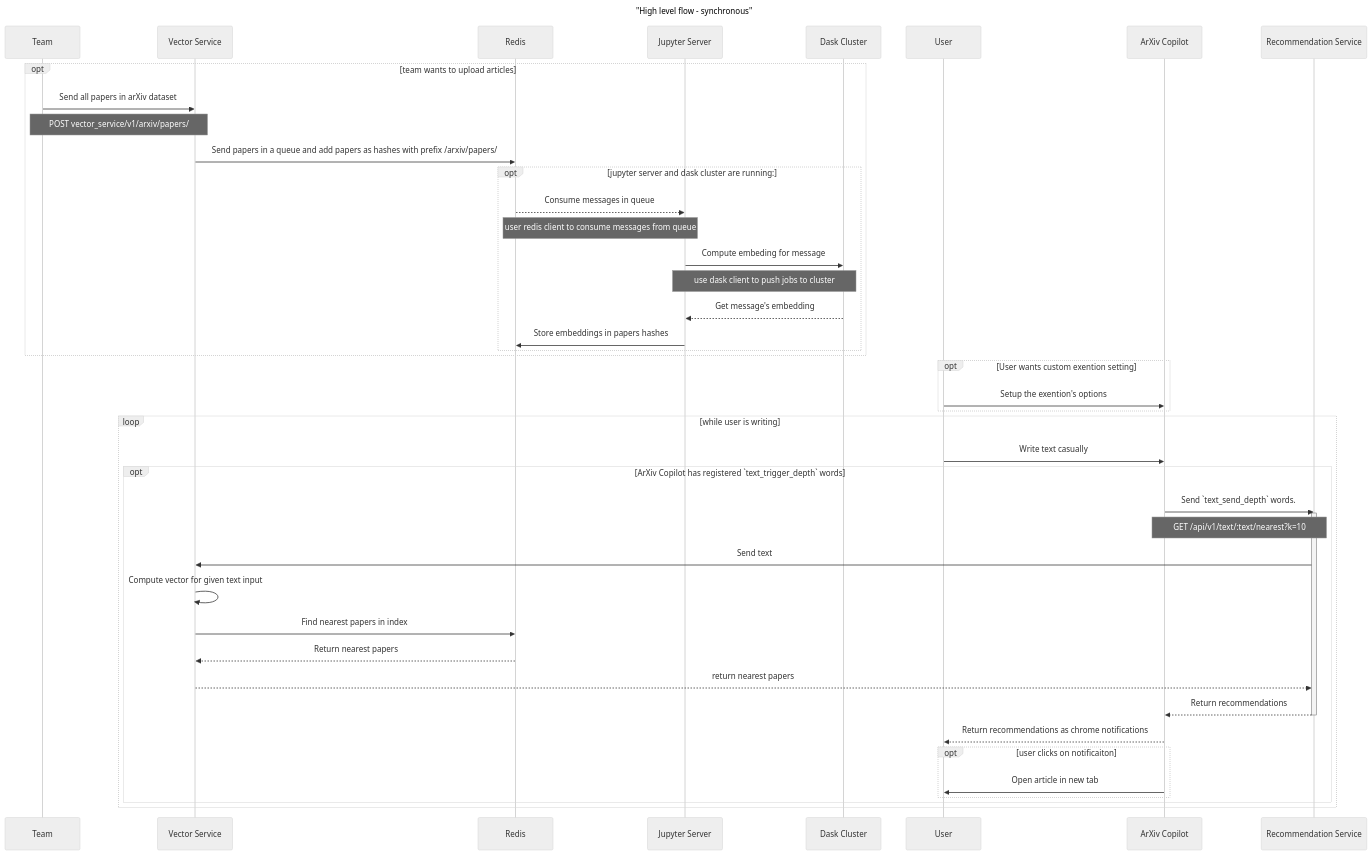
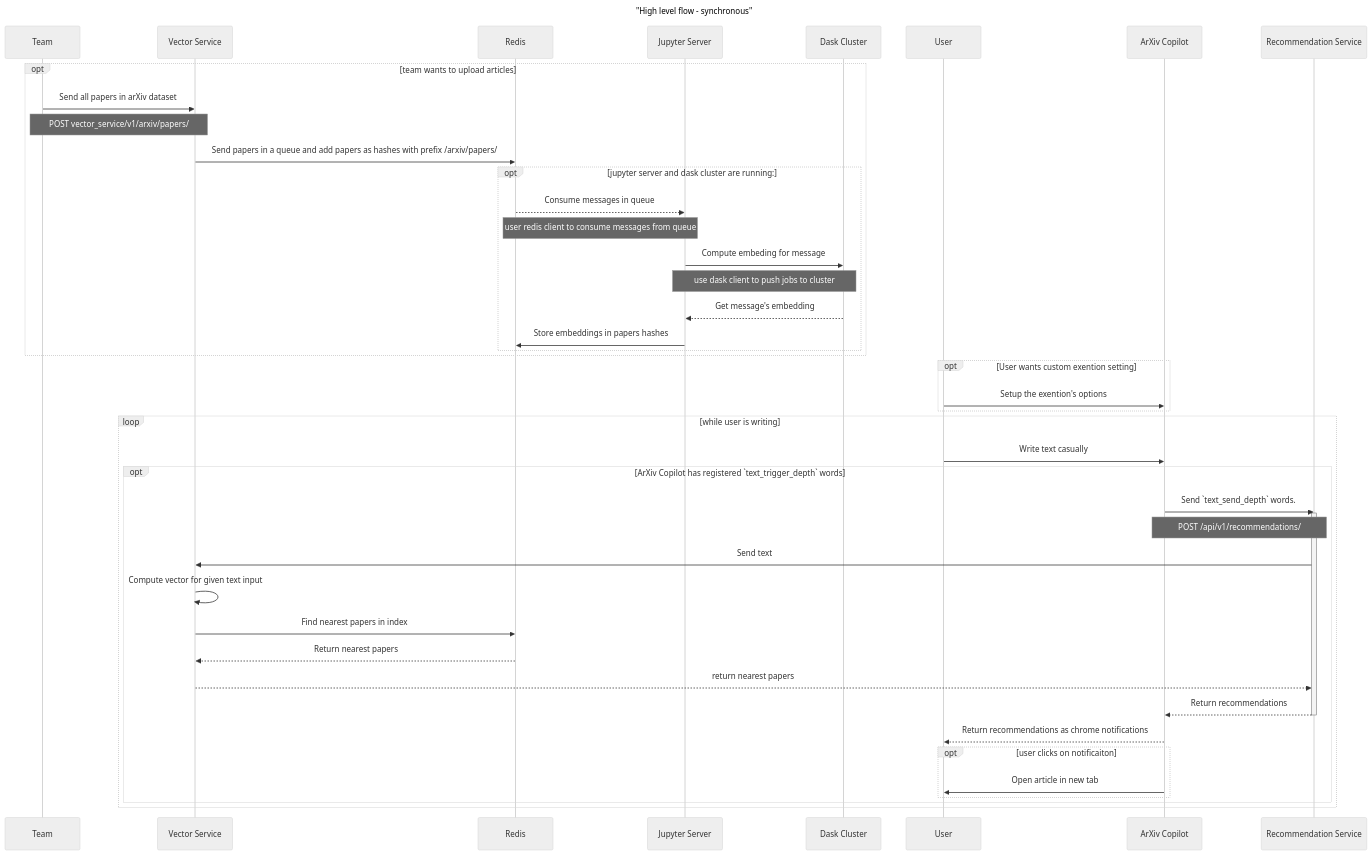
The diagram in README.md (artefactory/redisventures-hackunamadata), drawn with Mermaid (neutral theme) before and after one commit. The commit also changed other lines of this file and 2 other files, not shown here.

````diff
--- a/README.md
+++ b/README.md
@@ -5,43 +5,43 @@
 ```mermaid
 sequenceDiagram
     title "High level flow - synchronous"
 
         opt team wants to upload articles
         Team ->> Vector Service: Send all papers in arXiv dataset
         Note over Team, Vector Service: POST vector_service/v1/arxiv/papers/
         Vector Service ->> Redis: Send papers in a queue and add papers as hashes with prefix /arxiv/papers/
 
         opt jupyter server and dask cluster are running:
             Redis -->> Jupyter Server: Consume messages in queue
             Note over Redis, Jupyter Server: user redis client to consume messages from queue
             Jupyter Server ->> Dask Cluster: Compute embeding for message
             Note over Jupyter Server, Dask Cluster: use dask client to push jobs to cluster
             Dask Cluster -->> Jupyter Server: Get message's embedding
             Jupyter Server ->> Redis: Store embeddings in papers hashes
         end
     end
 
     opt User wants custom exention setting
         User ->> ArXiv Copilot: Setup the exention's options
     end
 
     loop while user is writing
         User ->> ArXiv Copilot: Write text casually
         opt ArXiv Copilot has registered `text_trigger_depth` words
             ArXiv Copilot ->> Recommendation Service: Send `text_send_depth` words.
             activate Recommendation Service
-            Note over ArXiv Copilot, Recommendation Service: GET /api/v1/text/:text/nearest?k=10
+            Note over ArXiv Copilot, Recommendation Service: POST /api/v1/recommendations/
             Recommendation Service ->> Vector Service: Send text
             Vector Service ->> Vector Service : Compute vector for given text input
             Vector Service ->> Redis : Find nearest papers in index
             Redis -->> Vector Service: Return nearest papers
             Vector Service -->> Recommendation Service: return nearest papers
             Recommendation Service -->> ArXiv Copilot: Return recommendations
             deactivate Recommendation Service
             ArXiv Copilot -->> User: Return recommendations as chrome notifications
             opt user clicks on notificaiton
                 ArXiv Copilot ->> User: Open article in new tab
             end
         end
     end
 ```
````
